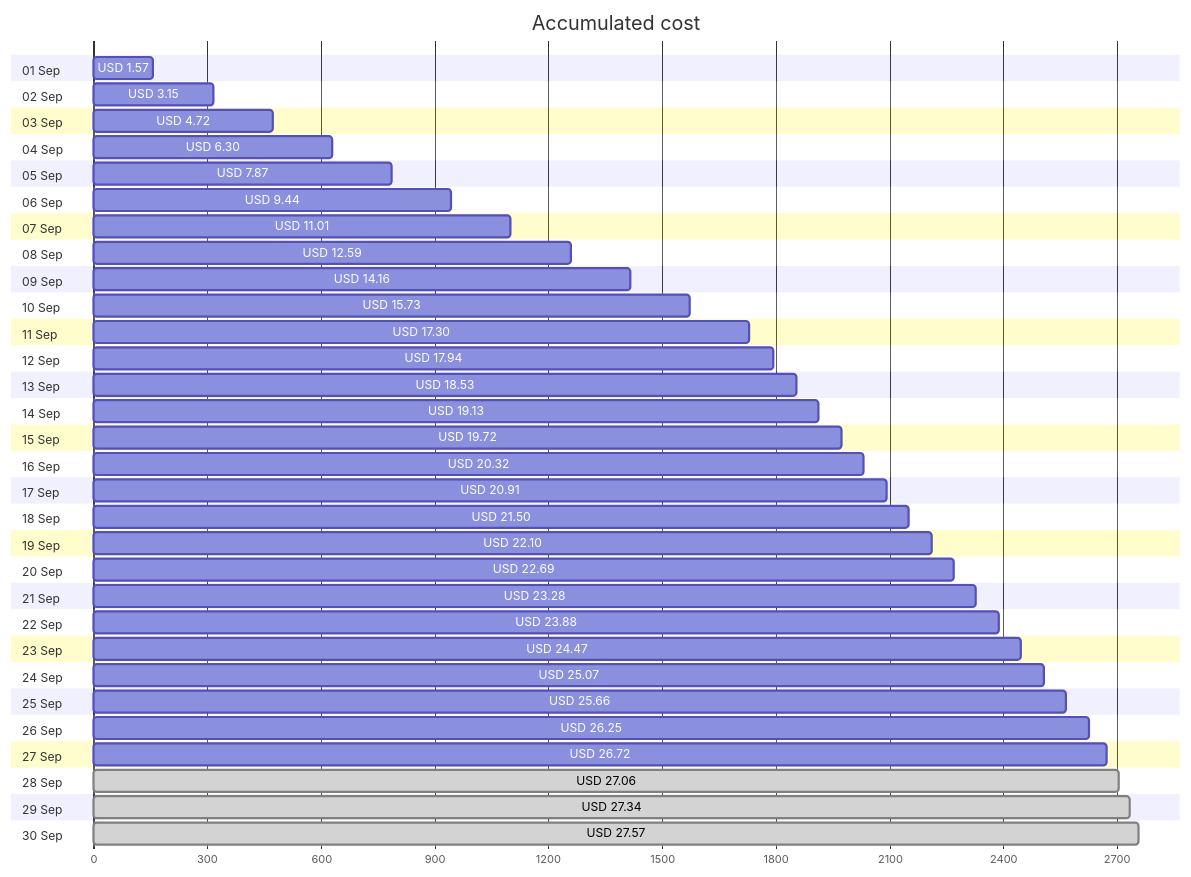
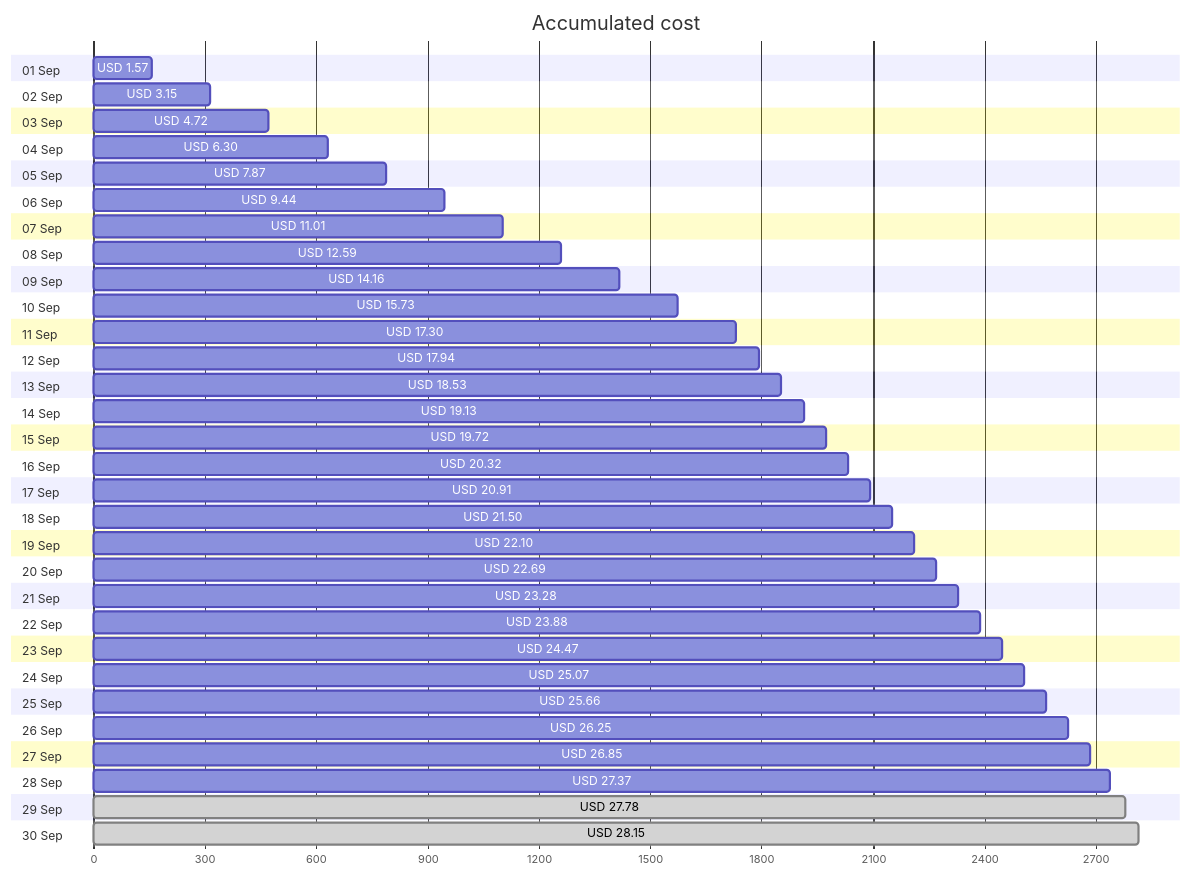
One commit to jpfulton/azure-personal-reports changed the first of 4 diagrams in cost-reports/personal-site/README.md. Above: the diagram before and after it, drawn with Mermaid. The commit also changed other lines of this file and 7 other files, not shown here.

````diff
--- a/cost-reports/personal-site/README.md
+++ b/cost-reports/personal-site/README.md
@@ -20,66 +20,66 @@
 ```mermaid
 gantt
    title Accumulated cost
    dateFormat  X
    axisFormat %s
    section 01 Sep
    USD 1.57 :0, 157
    section 02 Sep
    USD 3.15 :0, 315
    section 03 Sep
    USD 4.72 :0, 472
    section 04 Sep
    USD 6.30 :0, 630
    section 05 Sep
    USD 7.87 :0, 787
    section 06 Sep
    USD 9.44 :0, 944
    section 07 Sep
    USD 11.01 :0, 1101
    section 08 Sep
    USD 12.59 :0, 1259
    section 09 Sep
    USD 14.16 :0, 1416
    section 10 Sep
    USD 15.73 :0, 1573
    section 11 Sep
    USD 17.30 :0, 1730
    section 12 Sep
    USD 17.94 :0, 1794
    section 13 Sep
    USD 18.53 :0, 1853
    section 14 Sep
    USD 19.13 :0, 1913
    section 15 Sep
    USD 19.72 :0, 1972
    section 16 Sep
    USD 20.32 :0, 2032
    section 17 Sep
    USD 20.91 :0, 2091
    section 18 Sep
    USD 21.50 :0, 2150
    section 19 Sep
    USD 22.10 :0, 2210
    section 20 Sep
    USD 22.69 :0, 2269
    section 21 Sep
    USD 23.28 :0, 2328
    section 22 Sep
    USD 23.88 :0, 2388
    section 23 Sep
    USD 24.47 :0, 2447
    section 24 Sep
    USD 25.07 :0, 2507
    section 25 Sep
    USD 25.66 :0, 2566
    section 26 Sep
    USD 26.25 :0, 2625
    section 27 Sep
-   USD 26.72 :0, 2672
+   USD 26.85 :0, 2685
    section 28 Sep
-   USD 27.06 : done, 0, 2706
+   USD 27.37 :0, 2737
    section 29 Sep
-   USD 27.34 : done, 0, 2734
+   USD 27.78 : done, 0, 2778
    section 30 Sep
-   USD 27.57 : done, 0, 2757
+   USD 28.15 : done, 0, 2815
 ```
````
